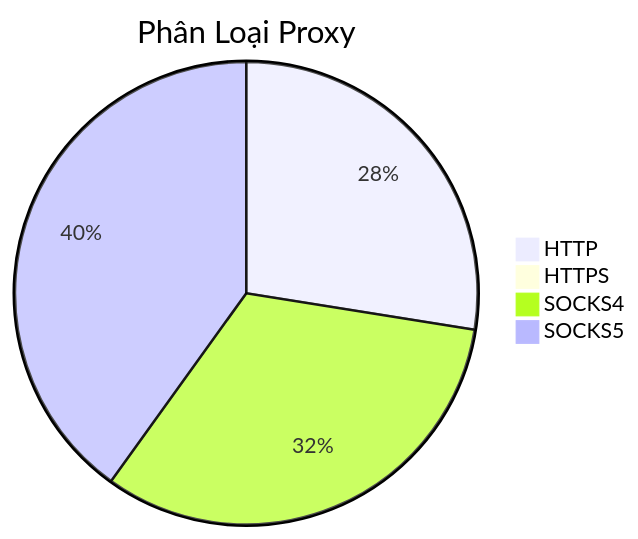
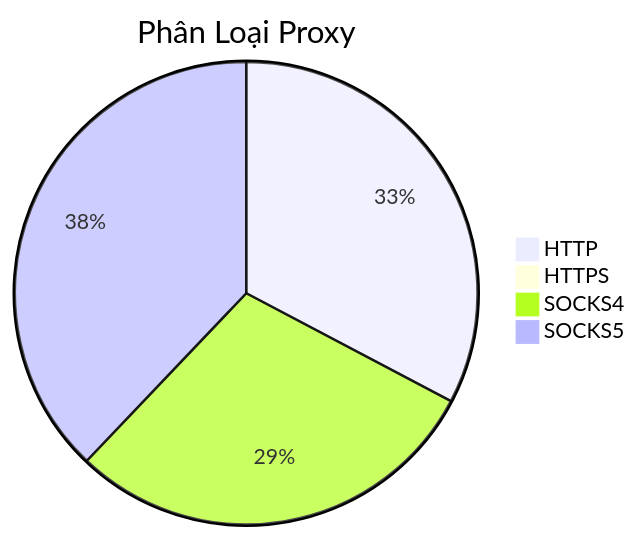
One commit to Ciara-12/PROXY-free changed the diagram in README.md. Above: the diagram before and after it, drawn with Mermaid. The commit also changed other lines of this file and 4 other files, not shown here.

````diff
--- a/README.md
+++ b/README.md
@@ -26,7 +26,7 @@
 ```mermaid
 pie title Phân Loại Proxy
-    "HTTP" : 395
-    "HTTPS" : 0
-    "SOCKS4" : 465
-    "SOCKS5" : 575
+    "HTTP" : 531
+    "HTTPS" : 1
+    "SOCKS4" : 477
+    "SOCKS5" : 615
 ```
````
